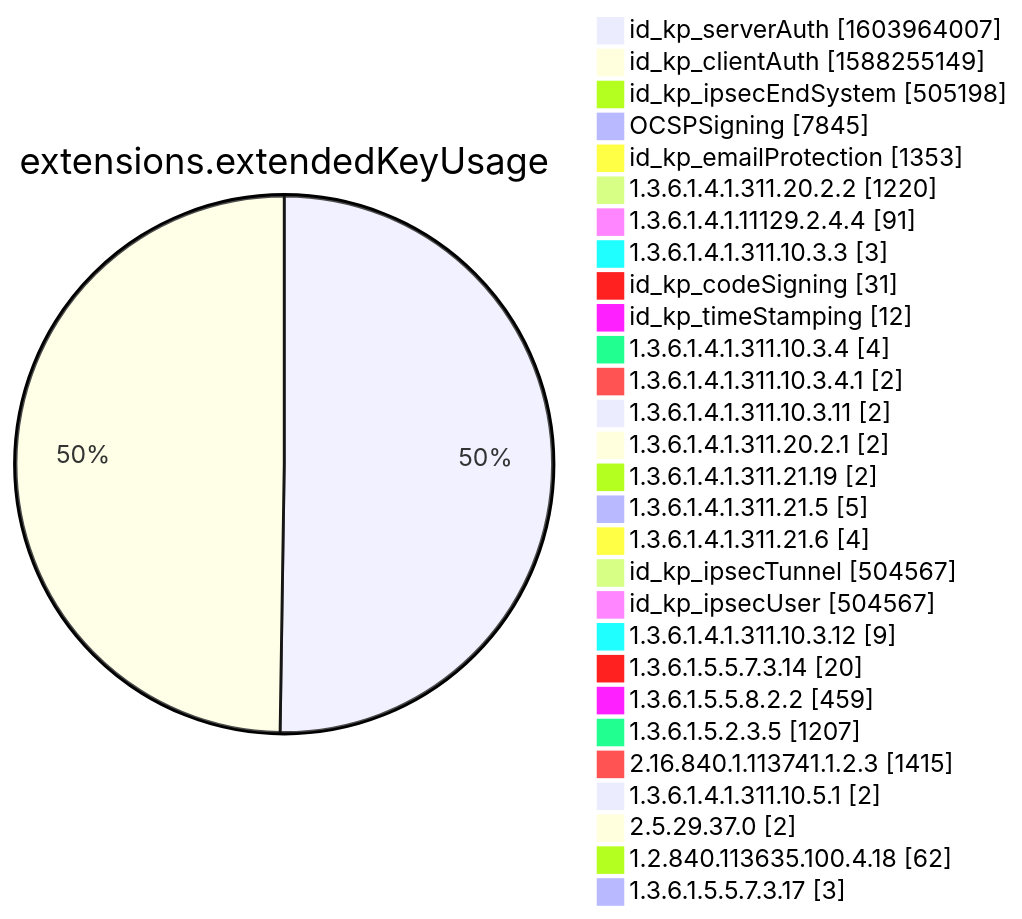
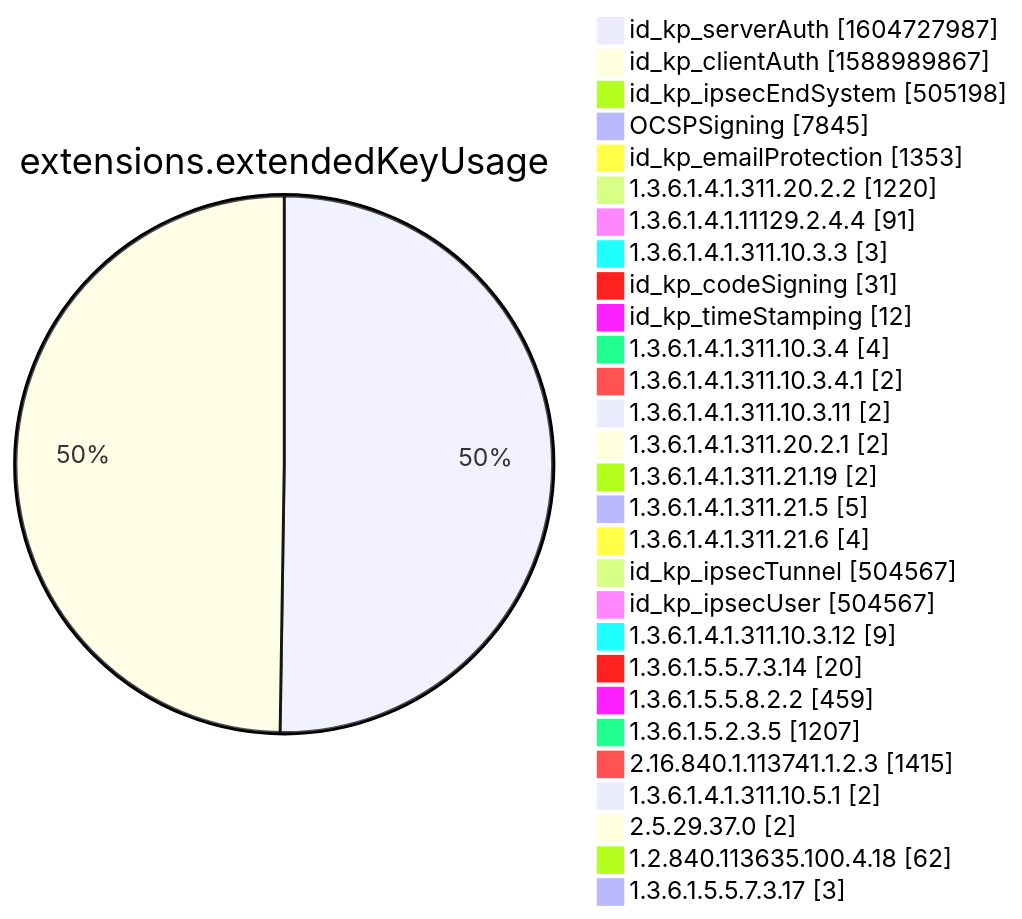
Before and after one commit to christiankrug/ctmonitor_visualization: diagram 12 of 15 in xenon2022/README.md, drawn with Mermaid. The commit also changed other lines of this file, not shown here.

````diff
--- a/xenon2022/README.md
+++ b/xenon2022/README.md
@@ -3885,32 +3885,32 @@
 ```mermaid
 pie showData
 title extensions.extendedKeyUsage
-"id_kp_serverAuth" :1603964007
-"id_kp_clientAuth" :1588255149
+"id_kp_serverAuth" :1604727987
+"id_kp_clientAuth" :1588989867
 "id_kp_ipsecEndSystem" :505198
 "OCSPSigning" :7845
 "id_kp_emailProtection" :1353
 "1.3.6.1.4.1.311.20.2.2" :1220
 "1.3.6.1.4.1.11129.2.4.4" :91
 "1.3.6.1.4.1.311.10.3.3" :3
 "id_kp_codeSigning" :31
 "id_kp_timeStamping" :12
 "1.3.6.1.4.1.311.10.3.4" :4
 "1.3.6.1.4.1.311.10.3.4.1" :2
 "1.3.6.1.4.1.311.10.3.11" :2
 "1.3.6.1.4.1.311.20.2.1" :2
 "1.3.6.1.4.1.311.21.19" :2
 "1.3.6.1.4.1.311.21.5" :5
 "1.3.6.1.4.1.311.21.6" :4
 "id_kp_ipsecTunnel" :504567
 "id_kp_ipsecUser" :504567
 "1.3.6.1.4.1.311.10.3.12" :9
 "1.3.6.1.5.5.7.3.14" :20
 "1.3.6.1.5.5.8.2.2" :459
 "1.3.6.1.5.2.3.5" :1207
 "2.16.840.1.113741.1.2.3" :1415
 "1.3.6.1.4.1.311.10.5.1" :2
 "2.5.29.37.0" :2
 "1.2.840.113635.100.4.18" :62
 "1.3.6.1.5.5.7.3.17" :3
 ```
````
